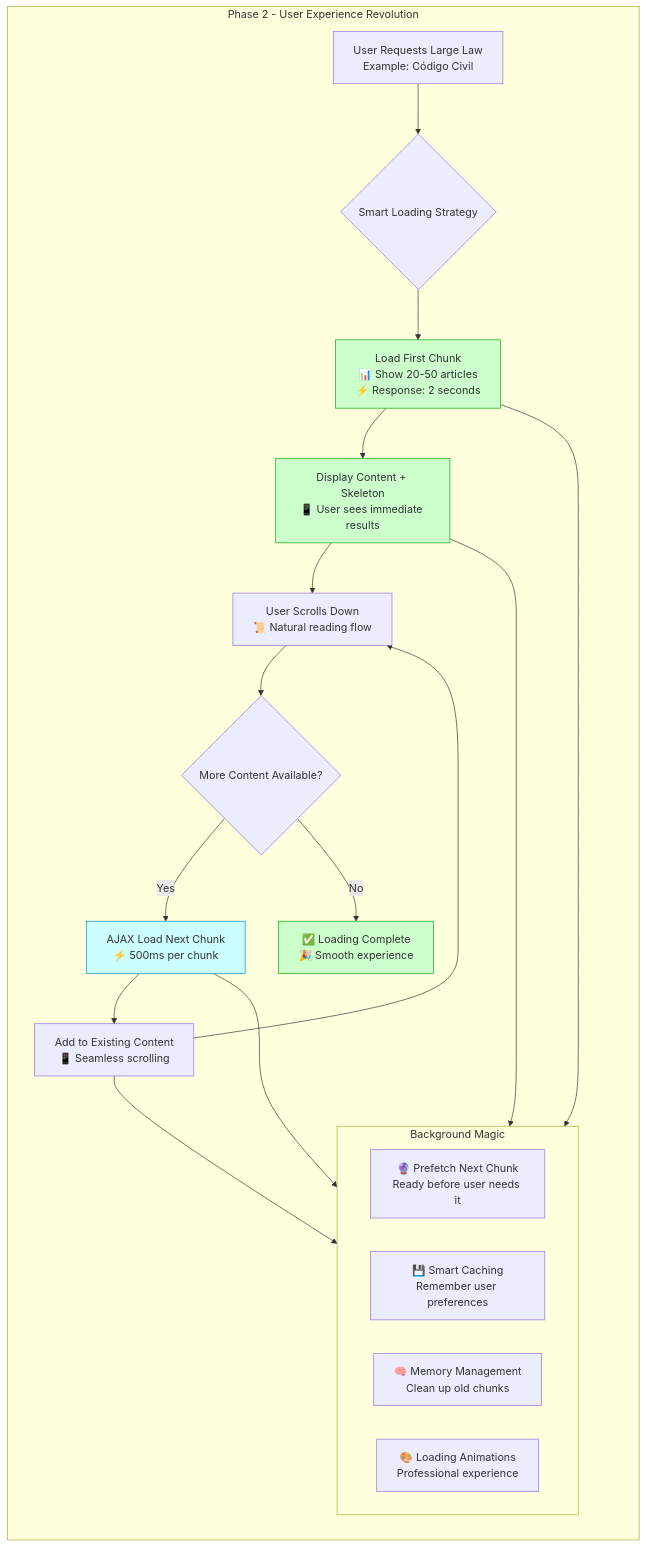
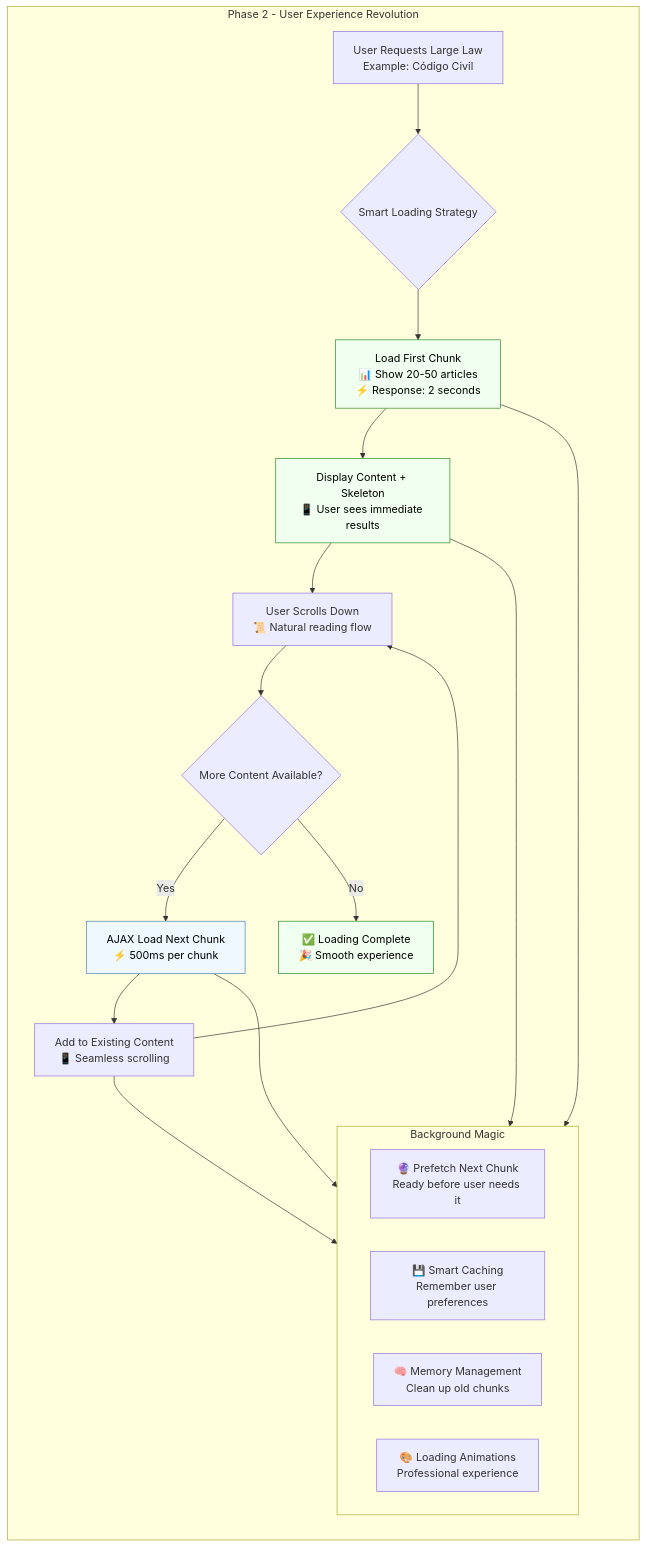
The ninth of 14 diagrams in docs/get_raw_law_refactor/LAW_DISPLAY_ARCHITECTURE_GUIDE.md (TodoLegal/TodoLegal), drawn with Mermaid before and after one commit. The commit also changed other lines of this file, not shown here.

````diff
--- a/docs/get_raw_law_refactor/LAW_DISPLAY_ARCHITECTURE_GUIDE.md
+++ b/docs/get_raw_law_refactor/LAW_DISPLAY_ARCHITECTURE_GUIDE.md
@@ -355,38 +355,38 @@
 ```mermaid
 flowchart TD
     subgraph "Phase 2 - User Experience Revolution"
         direction TB
         
         A[User Requests Large Law<br/>Example: Código Civil] --> B{Smart Loading Strategy}
         
         B --> C[Load First Chunk<br/>📊 Show 20-50 articles<br/>⚡ Response: 2 seconds]
         C --> D[Display Content + Skeleton<br/>📱 User sees immediate results]
         
         D --> E[User Scrolls Down<br/>📜 Natural reading flow]
         E --> F{More Content Available?}
         
         F -->|Yes| G[AJAX Load Next Chunk<br/>⚡ 500ms per chunk]
         F -->|No| H[✅ Loading Complete<br/>🎉 Smooth experience]
         
         G --> I[Add to Existing Content<br/>📱 Seamless scrolling]
         I --> E
         
         subgraph "Background Magic"
             direction LR
             J[🔮 Prefetch Next Chunk<br/>Ready before user needs it]
             K[💾 Smart Caching<br/>Remember user preferences] 
             L[🧠 Memory Management<br/>Clean up old chunks]
             M[🎨 Loading Animations<br/>Professional experience]
         end
         
         G --> J
         C --> K
         I --> L
         D --> M
         
-        style C fill:#ccffcc,stroke:#00aa00
-        style D fill:#ccffcc,stroke:#00aa00
-        style G fill:#ccffff,stroke:#0088cc
-        style H fill:#ccffcc,stroke:#00aa00
+        style C fill:#f0fff0,stroke:#228b22,color:#000000
+        style D fill:#f0fff0,stroke:#228b22,color:#000000
+        style G fill:#f0f8ff,stroke:#4682b4,color:#000000
+        style H fill:#f0fff0,stroke:#228b22,color:#000000
     end
 ```
````
